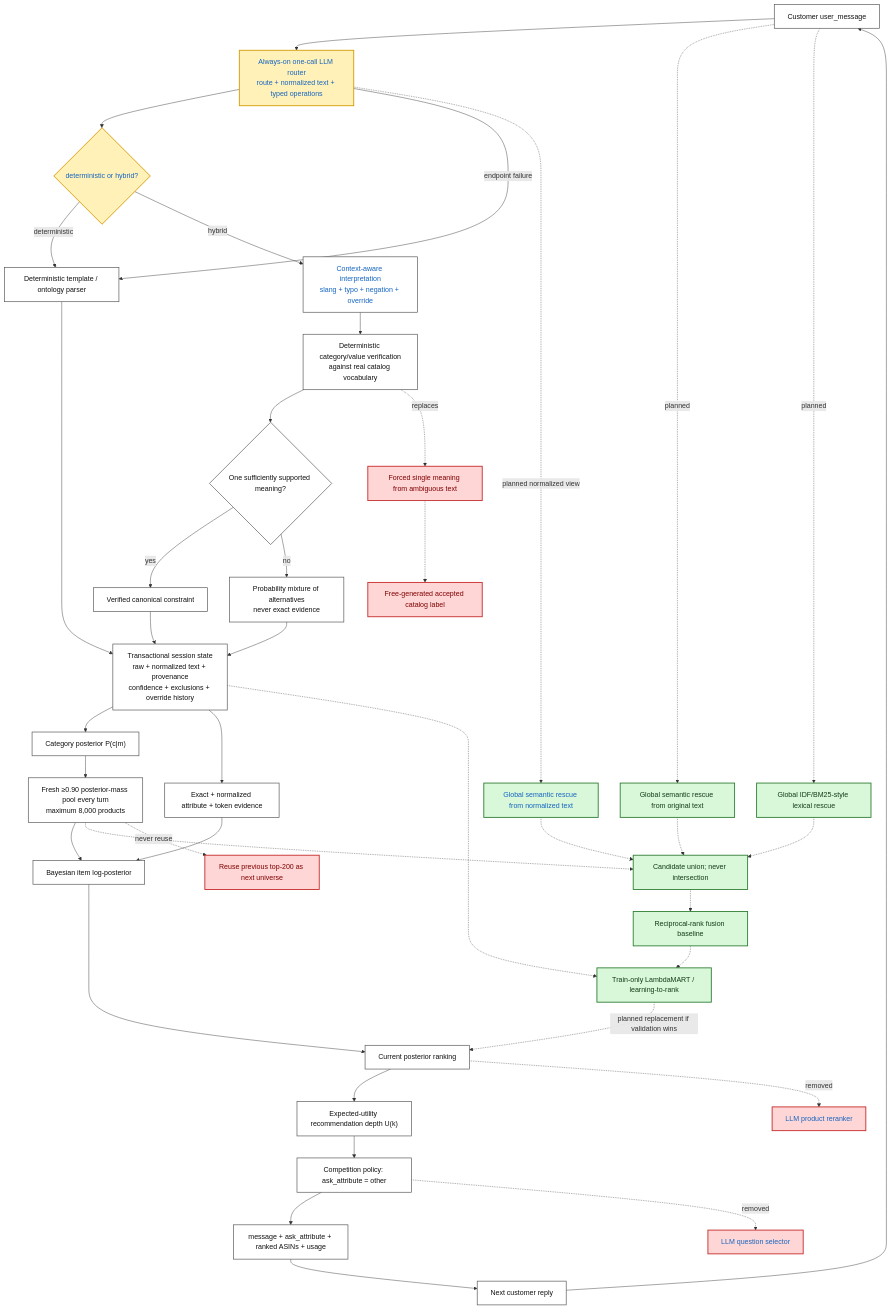
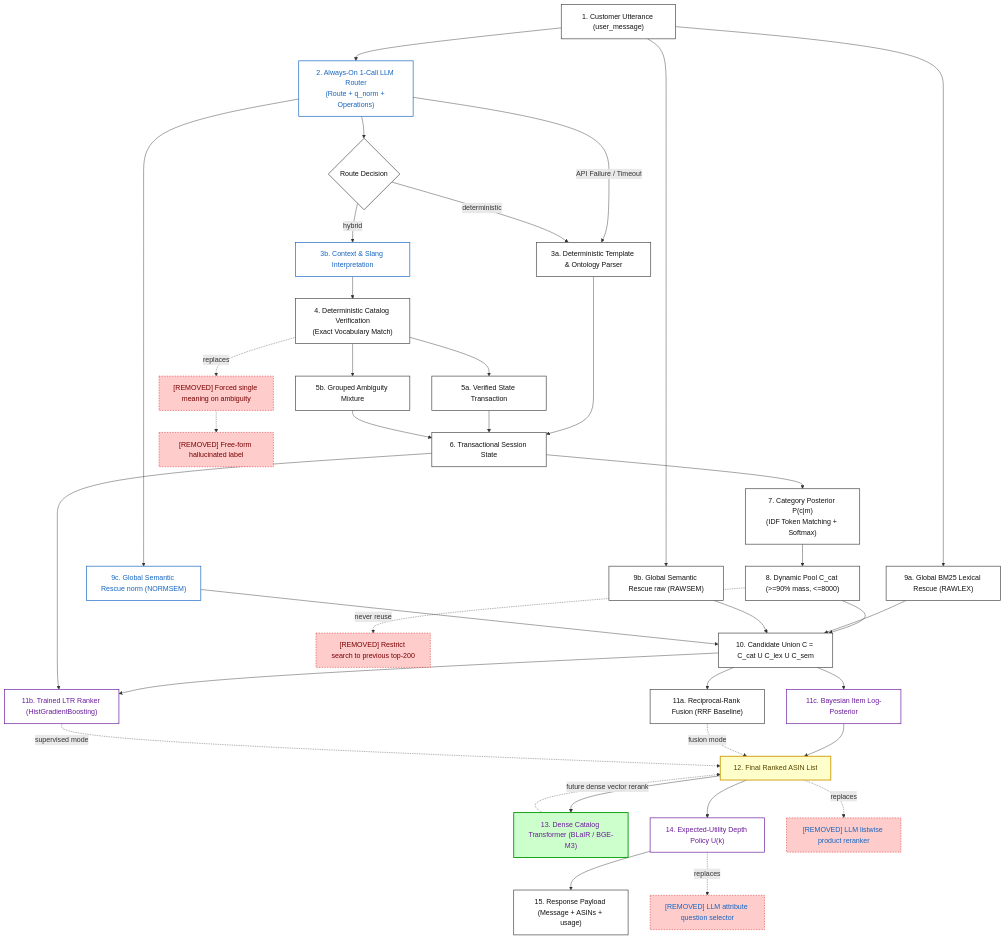
One commit to EwenCheung/BayesPilot changed the diagram in SUMMARY.md. Above: the diagram before and after it, drawn with Mermaid. The commit also changed other lines of this file and 107 other files, not shown here.

Commit message:
feat: unify R3 agent architecture with LTR and candidate rescue, add trained models, clean codebase, and update documentation

````diff
--- a/SUMMARY.md
+++ b/SUMMARY.md
@@ -78,73 +81,77 @@
 ```mermaid
 flowchart TD
-    IN["Customer user_message"]:::keep
-    ROUTER["Always-on one-call LLM router<br/>route + normalized text + typed operations"]:::changeLLM
-    DECIDE{"deterministic or hybrid?"}:::changeLLM
-
+    IN["1. Customer Utterance (user_message)"]:::nodeWhite
+    
+    ROUTER["2. Always-On 1-Call LLM Router<br/>(Route + q_norm + Operations)"]:::nodeWhiteLLM
+    DECIDE{"Route Decision"}:::nodeWhite
+    
     IN --> ROUTER --> DECIDE
-    ROUTER -- "endpoint failure" --> PARSE
-    DECIDE -- "deterministic" --> PARSE["Deterministic template / ontology parser"]:::keep
-    DECIDE -- "hybrid" --> INTERP["Context-aware interpretation<br/>slang + typo + negation + override"]:::keepLLM
-
-    INTERP --> VERIFY["Deterministic category/value verification<br/>against real catalog vocabulary"]:::keep
-    VERIFY --> UNIQUE{"One sufficiently supported meaning?"}:::keep
-    UNIQUE -- "yes" --> CANON["Verified canonical constraint"]:::keep
-    UNIQUE -- "no" --> MIX["Probability mixture of alternatives<br/>never exact evidence"]:::keep
-
-    PARSE --> STATE["Transactional session state<br/>raw + normalized text + provenance<br/>confidence + exclusions + override history"]:::keep
+    ROUTER -- "API Failure / Timeout" --> PARSE
+    DECIDE -- "deterministic" --> PARSE["3a. Deterministic Template & Ontology Parser"]:::nodeWhite
+    DECIDE -- "hybrid" --> INTERP["3b. Context & Slang Interpretation"]:::nodeWhiteLLM
+    
+    INTERP --> VERIFY["4. Deterministic Catalog Verification<br/>(Exact Vocabulary Match)"]:::nodeWhite
+    VERIFY --> CANON["5a. Verified State Transaction"]:::nodeWhite
+    VERIFY --> MIX["5b. Grouped Ambiguity Mixture"]:::nodeWhite
+    
+    PARSE --> STATE["6. Transactional Session State"]:::nodeWhite
     CANON --> STATE
     MIX --> STATE
-
-    STATE --> CAT["Category posterior P(c|m)"]:::keep
-    CAT --> POOL["Fresh ≥0.90 posterior-mass pool every turn<br/>maximum 8,000 products"]:::keep
-
-    STATE --> EXACT["Exact + normalized attribute + token evidence"]:::keep
-    POOL --> BAYES["Bayesian item log-posterior"]:::keep
-    EXACT --> BAYES
-
-    RAWSEM["Global semantic rescue from original text"]:::add
-    NORMSEM["Global semantic rescue from normalized text"]:::addLLM
-    RAWLEX["Global IDF/BM25-style lexical rescue"]:::add
-    UNION["Candidate union; never intersection"]:::add
-    RRF["Reciprocal-rank fusion baseline"]:::add
-    LTR["Train-only LambdaMART / learning-to-rank"]:::add
-
-    IN -. "planned" .-> RAWSEM
-    ROUTER -. "planned normalized view" .-> NORMSEM
-    IN -. "planned" .-> RAWLEX
-    POOL -.-> UNION
-    RAWSEM -.-> UNION
-    NORMSEM -.-> UNION
-    RAWLEX -.-> UNION
-    UNION -.-> RRF -.-> LTR
-    STATE -.-> LTR
-
-    BAYES --> RANK["Current posterior ranking"]:::keep
-    LTR -. "planned replacement if validation wins" .-> RANK
-    RANK --> DEPTH["Expected-utility recommendation depth U(k)"]:::keep
-    DEPTH --> ASK["Competition policy: ask_attribute = other"]:::keep
-    ASK --> OUT["message + ask_attribute + ranked ASINs + usage"]:::keep
-    OUT --> NEXT["Next customer reply"]:::keep
-    NEXT --> IN
-
-    FORCE["Forced single meaning from ambiguous text"]:::remove
-    FREE["Free-generated accepted catalog label"]:::remove
-    TOP200["Reuse previous top-200 as next universe"]:::remove
-    LLMSEL["LLM question selector"]:::removeLLM
-    LLMRANK["LLM product reranker"]:::removeLLM
-
+    
+    STATE --> CAT["7. Category Posterior P(c|m)<br/>(IDF Token Matching + Softmax)"]:::nodeWhite
+    CAT --> POOL["8. Dynamic Pool C_cat (>=90% mass, <=8000)"]:::nodeWhite
+    
+    IN --> RAWLEX["9a. Global BM25 Lexical Rescue (RAWLEX)"]:::nodeWhite
+    IN --> RAWSEM["9b. Global Semantic Rescue raw (RAWSEM)"]:::nodeWhite
+    ROUTER --> NORMSEM["9c. Global Semantic Rescue norm (NORMSEM)"]:::nodeWhiteLLM
+    
+    POOL --> UNION["10. Candidate Union C = C_cat U C_lex U C_sem"]:::nodeWhite
+    RAWLEX --> UNION
+    RAWSEM --> UNION
+    NORMSEM --> UNION
+    
+    UNION --> RRF["11a. Reciprocal-Rank Fusion (RRF Baseline)"]:::nodeWhite
+    UNION --> LTR["11b. Trained LTR Ranker (HistGradientBoosting)"]:::nodeWhiteTrained
+    STATE --> LTR
+    
+    UNION --> BAYES["11c. Bayesian Item Log-Posterior"]:::nodeWhiteTrained
+    
+    BAYES --> RANK["12. Final Ranked ASIN List"]:::nodeYellow
+    RRF -. "fusion mode" .-> RANK
+    LTR -. "supervised mode" .-> RANK
+    
+    RANK --> DENSE["13. Dense Catalog Transformer (BLaIR / BGE-M3)"]:::nodeGreenTrained
+    DENSE -. "future dense vector rerank" .-> RANK
+    
+    RANK --> DEPTH["14. Expected-Utility Depth Policy U(k)"]:::nodeWhiteTrained
+    DEPTH --> OUT["15. Response Payload (Message + ASINs + usage)"]:::nodeWhite
+    
+    %% Legacy / Removed Nodes
+    FORCE["[REMOVED] Forced single meaning on ambiguity"]:::nodeRed
+    FREE["[REMOVED] Free-form hallucinated label"]:::nodeRed
+    TOP200["[REMOVED] Restrict search to previous top-200"]:::nodeRed
+    LLMSEL["[REMOVED] LLM attribute question selector"]:::nodeRedLLM
+    LLMRANK["[REMOVED] LLM listwise product reranker"]:::nodeRedLLM
+    
     VERIFY -. "replaces" .-> FORCE
     FORCE -.-> FREE
     POOL -. "never reuse" .-> TOP200
-    ASK -. "removed" .-> LLMSEL
-    RANK -. "removed" .-> LLMRANK
+    DEPTH -. "replaces" .-> LLMSEL
+    RANK -. "replaces" .-> LLMRANK
 
-    classDef remove fill:#ffd6d6,stroke:#c62828,color:#7f0000,stroke-width:2px;
-    classDef removeLLM fill:#ffd6d6,stroke:#c62828,color:#1565c0,stroke-width:2px;
-    classDef add fill:#d9f7d9,stroke:#2e7d32,color:#143d16,stroke-width:2px;
-    classDef addLLM fill:#d9f7d9,stroke:#2e7d32,color:#1565c0,stroke-width:2px;
-    classDef keep fill:#ffffff,stroke:#555555,color:#111111,stroke-width:1.5px;
-    classDef keepLLM fill:#ffffff,stroke:#555555,color:#1565c0,stroke-width:1.5px;
-    classDef change fill:#fff1b8,stroke:#d49b00,color:#5f4300,stroke-width:2px;
-    classDef changeLLM fill:#fff1b8,stroke:#d49b00,color:#1565c0,stroke-width:2px;
+    %% Class Styles
+    classDef nodeWhite fill:#ffffff,stroke:#444444,color:#111111,stroke-width:1.5px;
+    classDef nodeWhiteLLM fill:#ffffff,stroke:#1565c0,color:#1565c0,stroke-width:1.5px;
+    classDef nodeWhiteTrained fill:#ffffff,stroke:#6a1b9a,color:#6a1b9a,stroke-width:1.5px;
+    
+    classDef nodeYellow fill:#ffffcc,stroke:#cc9900,color:#554400,stroke-width:2px;
+    classDef nodeYellowLLM fill:#ffffcc,stroke:#1565c0,color:#1565c0,stroke-width:2px;
+    classDef nodeYellowTrained fill:#ffffcc,stroke:#6a1b9a,color:#6a1b9a,stroke-width:2px;
+    
+    classDef nodeGreen fill:#ccffcc,stroke:#009900,color:#004400,stroke-width:2px;
+    classDef nodeGreenLLM fill:#ccffcc,stroke:#009900,color:#1565c0,stroke-width:2px;
+    classDef nodeGreenTrained fill:#ccffcc,stroke:#009900,color:#6a1b9a,stroke-width:2px;
+    
+    classDef nodeRed fill:#ffcccc,stroke:#cc0000,color:#770000,stroke-width:1px,stroke-dasharray: 3 3;
+    classDef nodeRedLLM fill:#ffcccc,stroke:#cc0000,color:#1565c0,stroke-width:1px,stroke-dasharray: 3 3;
 ```
````
